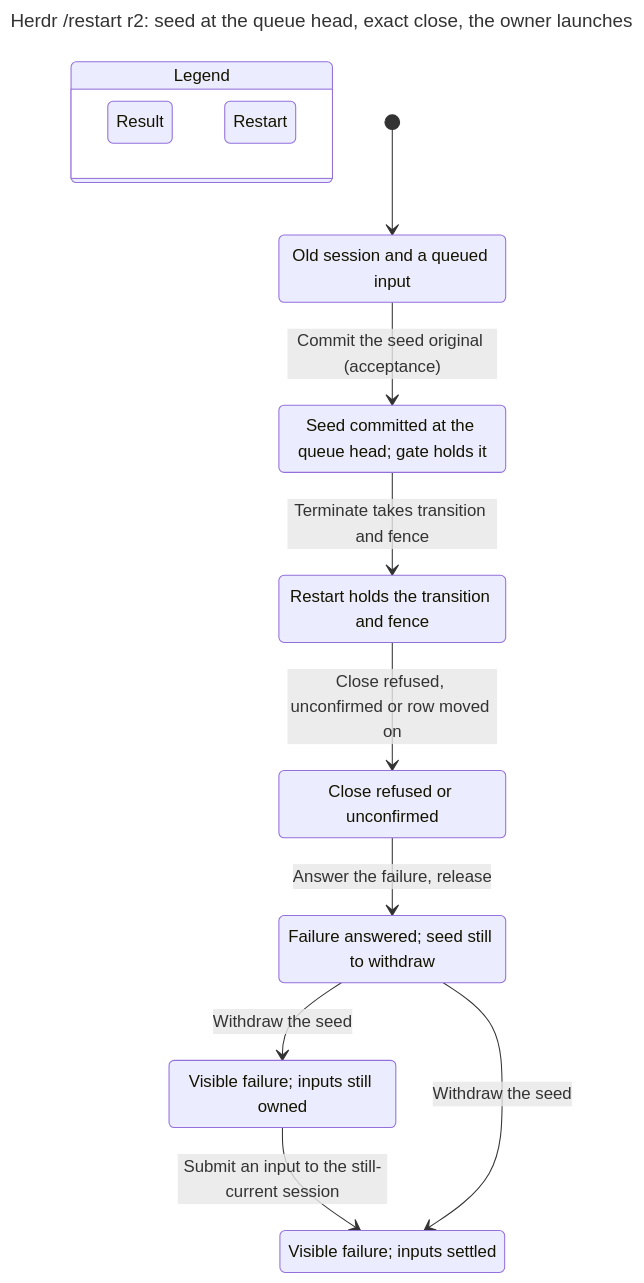
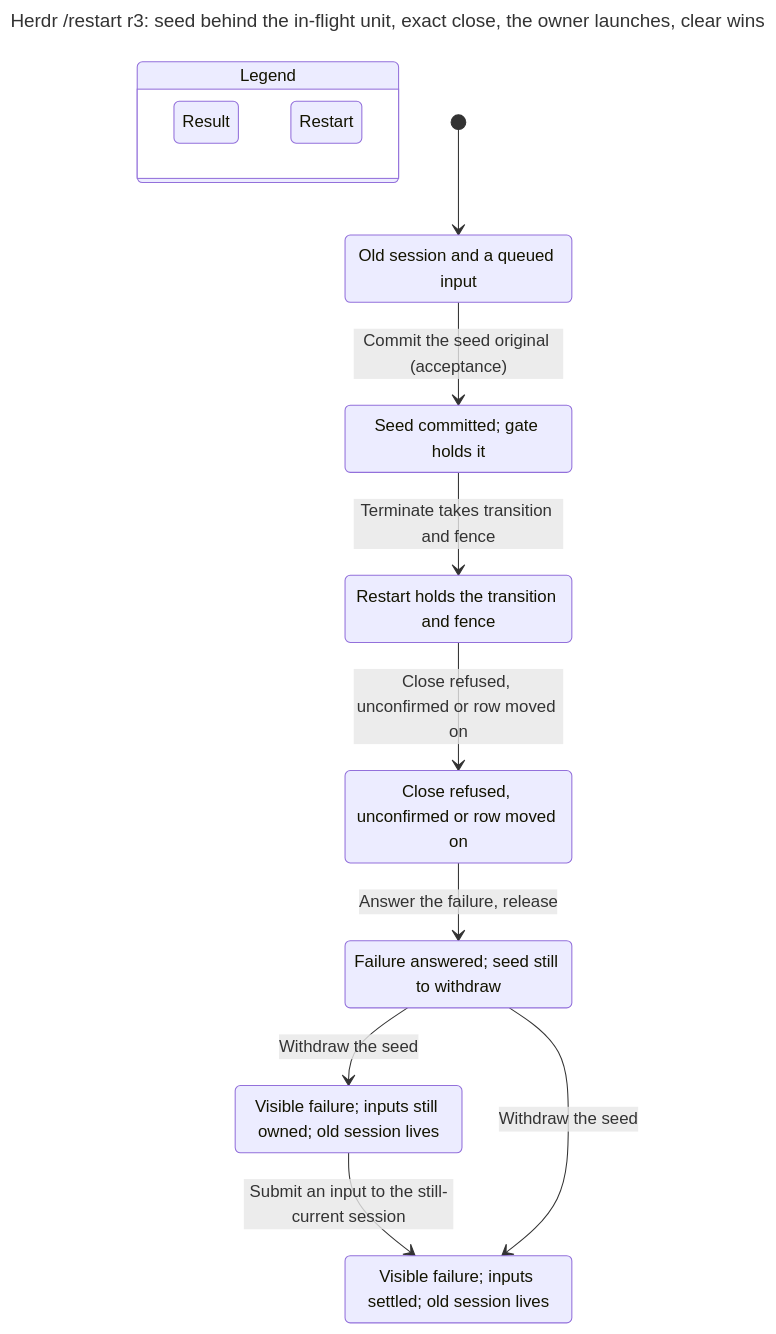
The diagram in docs/statecharts/session-lifecycle/herdr-restart-owner-CloseRefused.chart.mmd (itismyfield/AgentDesk), drawn with Mermaid before and after one commit. The commit also changed 199 other files, not shown here.

First line of the commit message:
docs(herdr): restart design r3 — restart through a dispatch, clear wins, seedless restart

```diff
--- a/docs/statecharts/session-lifecycle/herdr-restart-owner-CloseRefused.chart.mmd
+++ b/docs/statecharts/session-lifecycle/herdr-restart-owner-CloseRefused.chart.mmd
@@ -1,32 +1,32 @@
 ---
-title: "Herdr /restart r2: seed at the queue head, exact close, the owner launches"
+title: "Herdr /restart r3: seed behind the in-flight unit, exact close, the owner launches, clear wins"
 ---
 stateDiagram-v2
   state "Legend" as legend {
     lg0: Result
     lg1: Restart
   }
   class lg0 teal
   class lg1 blue
   s0: Old session and a queued input
-  s1: Seed committed at the queue head#59; gate holds it
+  s1: Seed committed#59; gate holds it
   s2: Restart holds the transition and fence
-  s3: Close refused or unconfirmed
+  s3: Close refused, unconfirmed or row moved on
   s4: Failure answered#59; seed still to withdraw
-  s5: Visible failure#59; inputs still owned
-  s6: Visible failure#59; inputs settled
+  s5: Visible failure#59; inputs still owned#59; old session lives
+  s6: Visible failure#59; inputs settled#59; old session lives
   [*] --> s0
   s0 --> s1: Commit the seed original (acceptance)
   s1 --> s2: Terminate takes transition and fence
   s2 --> s3: Close refused, unconfirmed or row moved on
   s3 --> s4: Answer the failure, release
   s4 --> s5: Withdraw the seed
   s5 --> s6: Submit an input to the still-current session
   s4 --> s6: Withdraw the seed
   class s0 blue
   class s1 blue
   class s2 blue
   class s3 blue
   class s4 teal
   class s5 teal
   class s6 teal
```
